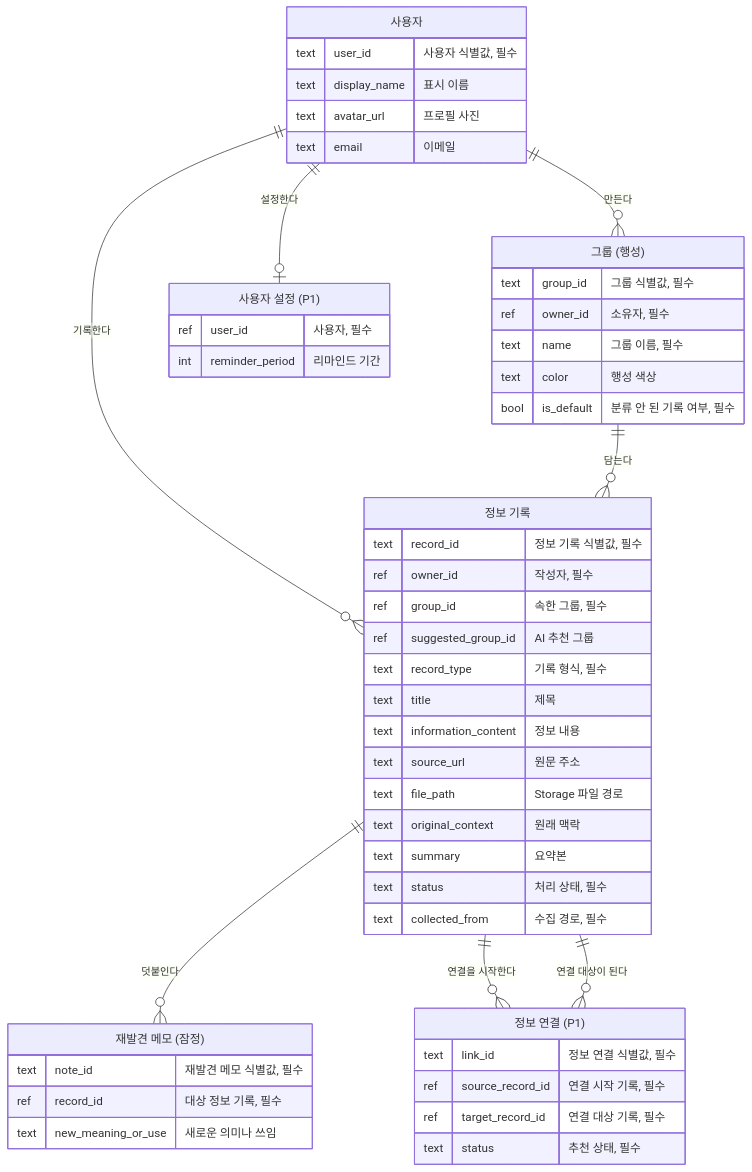
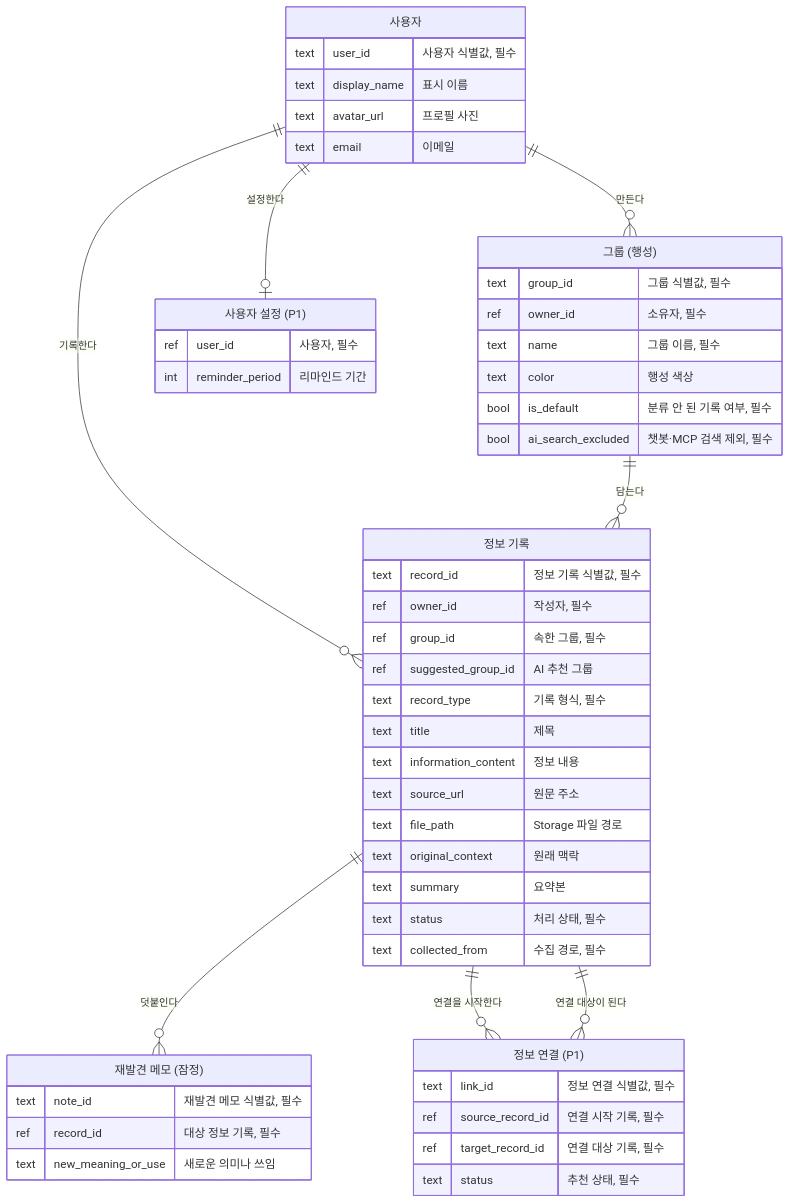
Before and after one commit to elvinleeys/space-log: the diagram in docs/database.md, drawn with Mermaid. The commit also changed other lines of this file and 7 other files, not shown here.

Commit message:
docs: 그룹 단위 챗봇·MCP 검색 제외(ai_search_excluded) 설정과 Qdrant group_id 저장 반영

````diff
--- a/docs/database.md
+++ b/docs/database.md
@@ -7,53 +7,54 @@
 ```mermaid
 erDiagram
   user["사용자"] {
     text user_id "사용자 식별값, 필수"
     text display_name "표시 이름"
     text avatar_url "프로필 사진"
     text email "이메일"
   }
   record_group["그룹 (행성)"] {
     text group_id "그룹 식별값, 필수"
     ref owner_id "소유자, 필수"
     text name "그룹 이름, 필수"
     text color "행성 색상"
     bool is_default "분류 안 된 기록 여부, 필수"
+    bool ai_search_excluded "챗봇·MCP 검색 제외, 필수"
   }
   information_record["정보 기록"] {
     text record_id "정보 기록 식별값, 필수"
     ref owner_id "작성자, 필수"
     ref group_id "속한 그룹, 필수"
     ref suggested_group_id "AI 추천 그룹"
     text record_type "기록 형식, 필수"
     text title "제목"
     text information_content "정보 내용"
     text source_url "원문 주소"
     text file_path "Storage 파일 경로"
     text original_context "원래 맥락"
     text summary "요약본"
     text status "처리 상태, 필수"
     text collected_from "수집 경로, 필수"
   }
   rediscovery_note["재발견 메모 (잠정)"] {
     text note_id "재발견 메모 식별값, 필수"
     ref record_id "대상 정보 기록, 필수"
     text new_meaning_or_use "새로운 의미나 쓰임"
   }
   information_link["정보 연결 (P1)"] {
     text link_id "정보 연결 식별값, 필수"
     ref source_record_id "연결 시작 기록, 필수"
     ref target_record_id "연결 대상 기록, 필수"
     text status "추천 상태, 필수"
   }
   user_settings["사용자 설정 (P1)"] {
     ref user_id "사용자, 필수"
     int reminder_period "리마인드 기간"
   }
   user ||--o{ record_group : "만든다"
   user ||--o{ information_record : "기록한다"
   record_group ||--o{ information_record : "담는다"
   information_record ||--o{ rediscovery_note : "덧붙인다"
   information_record ||--o{ information_link : "연결을 시작한다"
   information_record ||--o{ information_link : "연결 대상이 된다"
   user ||--o| user_settings : "설정한다"
 ```
````
